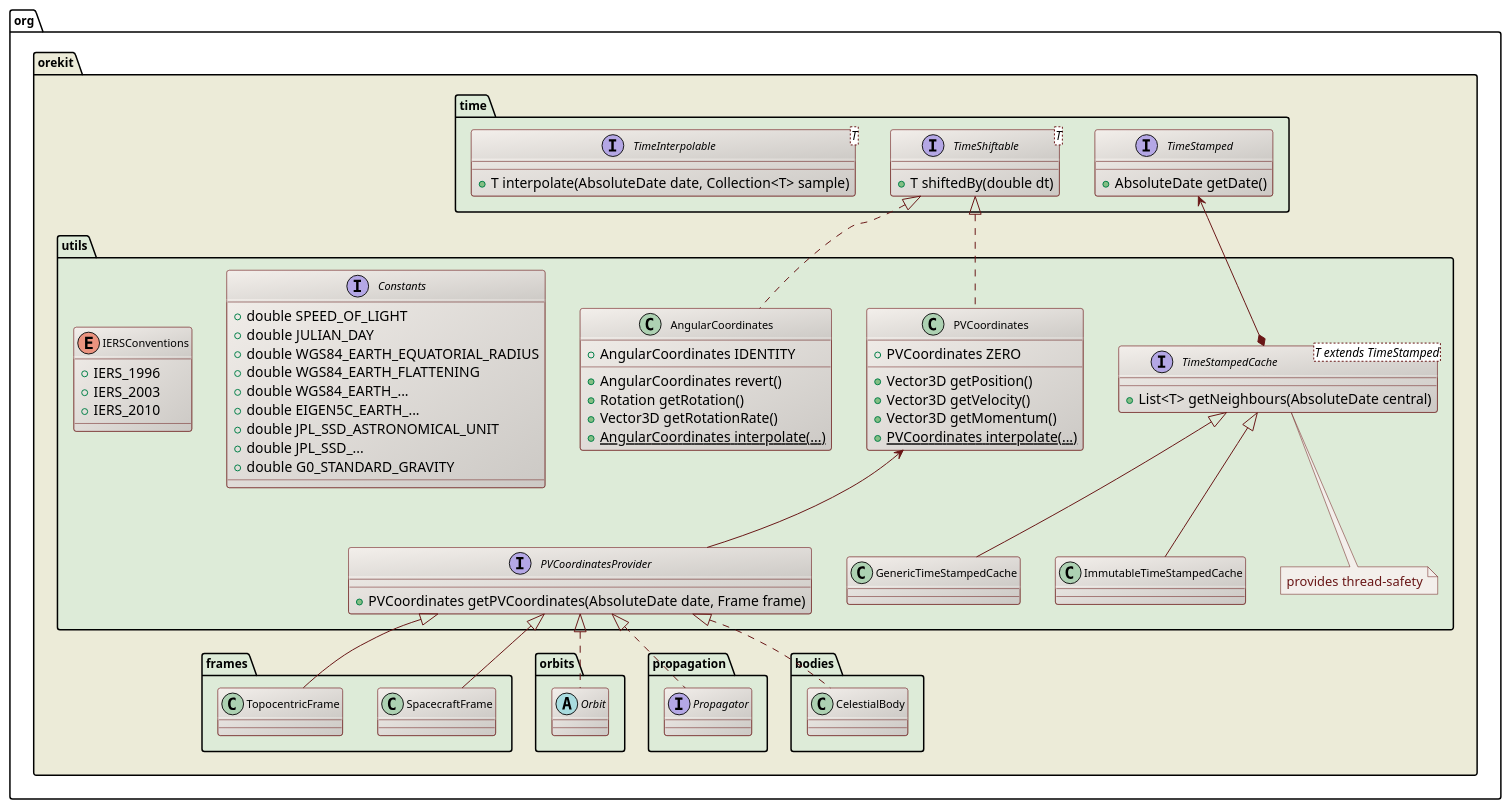
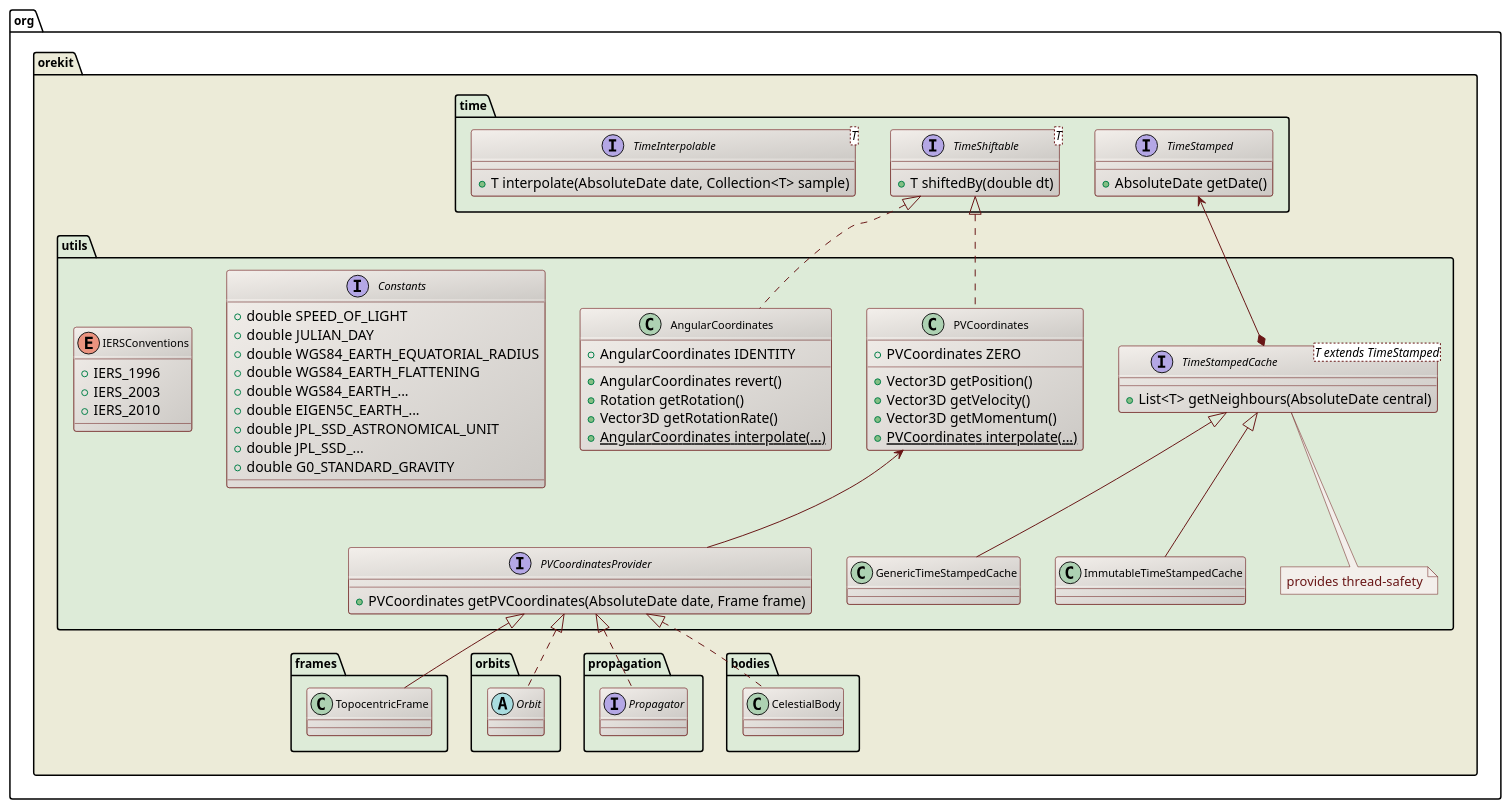
One commit to CS-SI/Orekit changed the diagram in src/design/utils-class-diagram.puml. Above: the diagram before and after it, drawn with PlantUML. The commit also changed 5 other files, not shown here.

```diff
--- a/src/design/utils-class-diagram.puml
+++ b/src/design/utils-class-diagram.puml
@@ -17,107 +17,105 @@
 @startuml
 
   skinparam svek                  true
   skinparam ClassBackgroundColor  #F3EFEB/CCC9C5
   skinparam ClassArrowColor       #691616
   skinparam ClassBorderColor      #691616
   skinparam NoteBackgroundColor   #F3EFEB
   skinparam NoteBorderColor       #691616
   skinparam NoteFontColor         #691616
   skinparam ClassFontSize         11
   skinparam PackageFontSize       12
 
   package org.orekit #ECEBD8 {
 
     package time #DDEBD8 {
       interface TimeStamped {
         +AbsoluteDate getDate()
       }
       interface "TimeShiftable<T>" as TimeShiftable_T_ {
         +T shiftedBy(double dt)
       }
       interface "TimeInterpolable<T>" as TimeInterpolable_T_ {
         +T interpolate(AbsoluteDate date, Collection<T> sample)
       }
     }
 
     package utils #DDEBD8 {
 
       interface "TimeStampedCache<T extends TimeStamped>" as TimeStamptedCache_T_ {
         +List<T> getNeighbours(AbsoluteDate central)
       }
       note bottom
         provides thread-safety
       end note
       TimeStamped <--* TimeStamptedCache_T_
        TimeStamptedCache_T_ <|-- GenericTimeStampedCache  
        TimeStamptedCache_T_ <|-- ImmutableTimeStampedCache
 
       class PVCoordinates {
         +PVCoordinates ZERO
         +Vector3D getPosition()
         +Vector3D getVelocity()
         +Vector3D getMomentum()
         +{static} PVCoordinates interpolate(...)
       }
 
       interface PVCoordinatesProvider {
         +PVCoordinates getPVCoordinates(AbsoluteDate date, Frame frame)
       }
 
       class AngularCoordinates {
         +AngularCoordinates IDENTITY
         +AngularCoordinates revert()
         +Rotation getRotation()
         +Vector3D getRotationRate()
         +{static} AngularCoordinates interpolate(...)
       }
 
       PVCoordinatesProvider -up-> PVCoordinates
       TimeShiftable_T_      <|..  PVCoordinates
       TimeShiftable_T_      <|..  AngularCoordinates
 
       interface Constants {
         +double SPEED_OF_LIGHT
         +double JULIAN_DAY
         +double WGS84_EARTH_EQUATORIAL_RADIUS
         +double WGS84_EARTH_FLATTENING
         +double WGS84_EARTH_...
         +double EIGEN5C_EARTH_...
         +double JPL_SSD_ASTRONOMICAL_UNIT
         +double JPL_SSD_...
         +double G0_STANDARD_GRAVITY
       }
 
       enum IERSConventions {
         +IERS_1996
         +IERS_2003
         +IERS_2010
       }
 
     }
 
     package frames #DDEBD8 {
-      class SpacecraftFrame
       class TopocentricFrame
-      PVCoordinatesProvider <|-- SpacecraftFrame
       PVCoordinatesProvider <|-- TopocentricFrame
    }
 
     package orbits #DDEBD8 {
       abstract class Orbit
       PVCoordinatesProvider <|.. Orbit
     }
 
     package propagation #DDEBD8 {
       interface Propagator
       PVCoordinatesProvider <|.. Propagator
     }
 
     package bodies #DDEBD8 {
       class CelestialBody
       PVCoordinatesProvider <|.. CelestialBody
     }
 
  }
 
 @enduml
```
